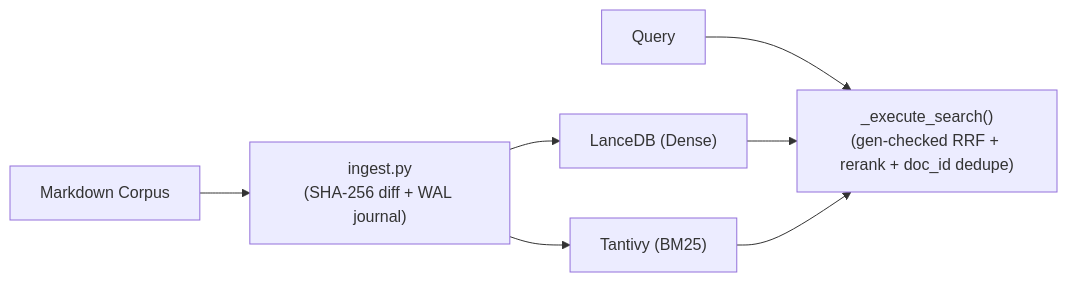
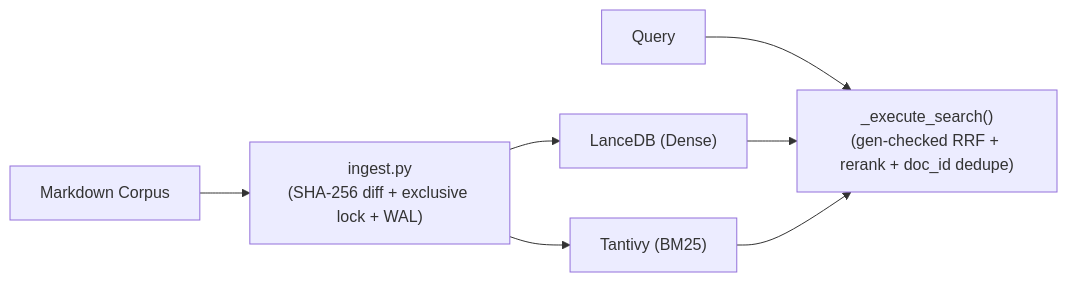
One commit to trevorgordon981/trevorgordon981 changed the second of 3 diagrams in README.md. Above: the diagram before and after it, drawn with Mermaid. The commit also changed other lines of this file, not shown here.

````diff
--- a/README.md
+++ b/README.md
@@ -36,9 +36,9 @@
 ```mermaid
 flowchart LR
-  Docs["Markdown Corpus"] --> Ingest["ingest.py\n(SHA-256 diff + WAL journal)"]
+  Docs["Markdown Corpus"] --> Ingest["ingest.py\n(SHA-256 diff + exclusive lock + WAL)"]
   Ingest --> V["LanceDB (Dense)"]
   Ingest --> B["Tantivy (BM25)"]
   Q["Query"] --> S["_execute_search()\n(gen-checked RRF + rerank + doc_id dedupe)"]
   V --> S
   B --> S
 ```
````
